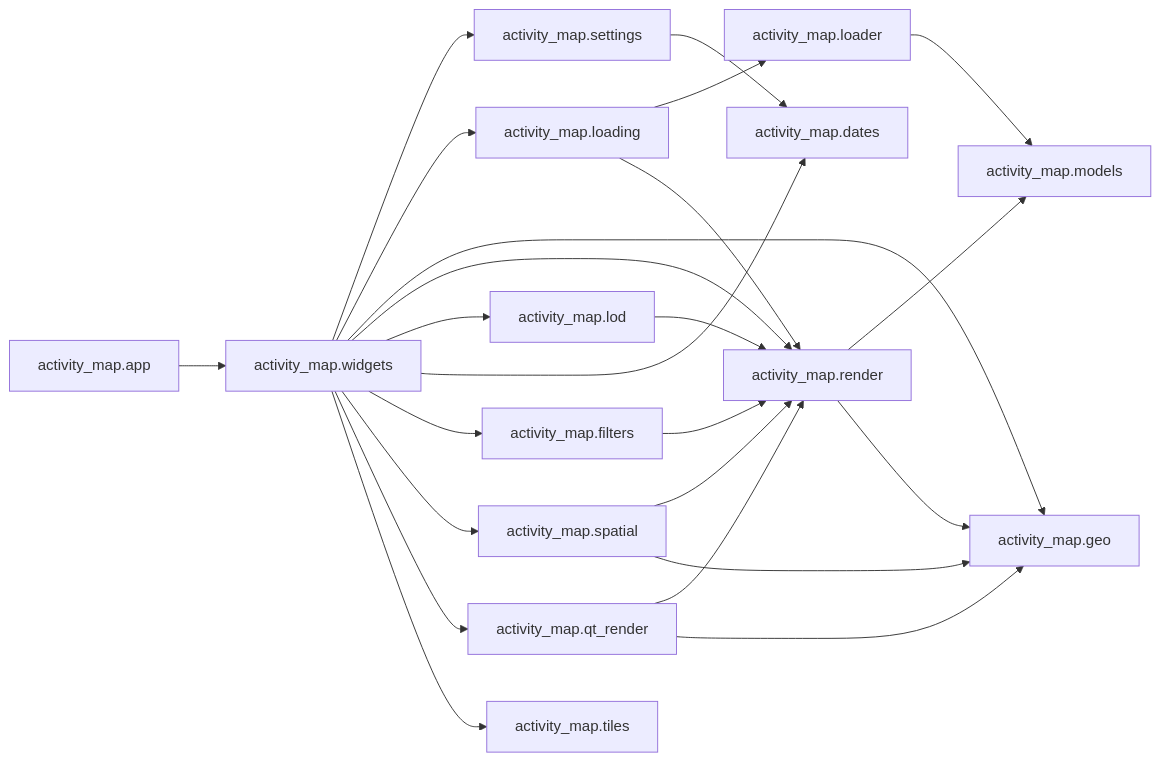
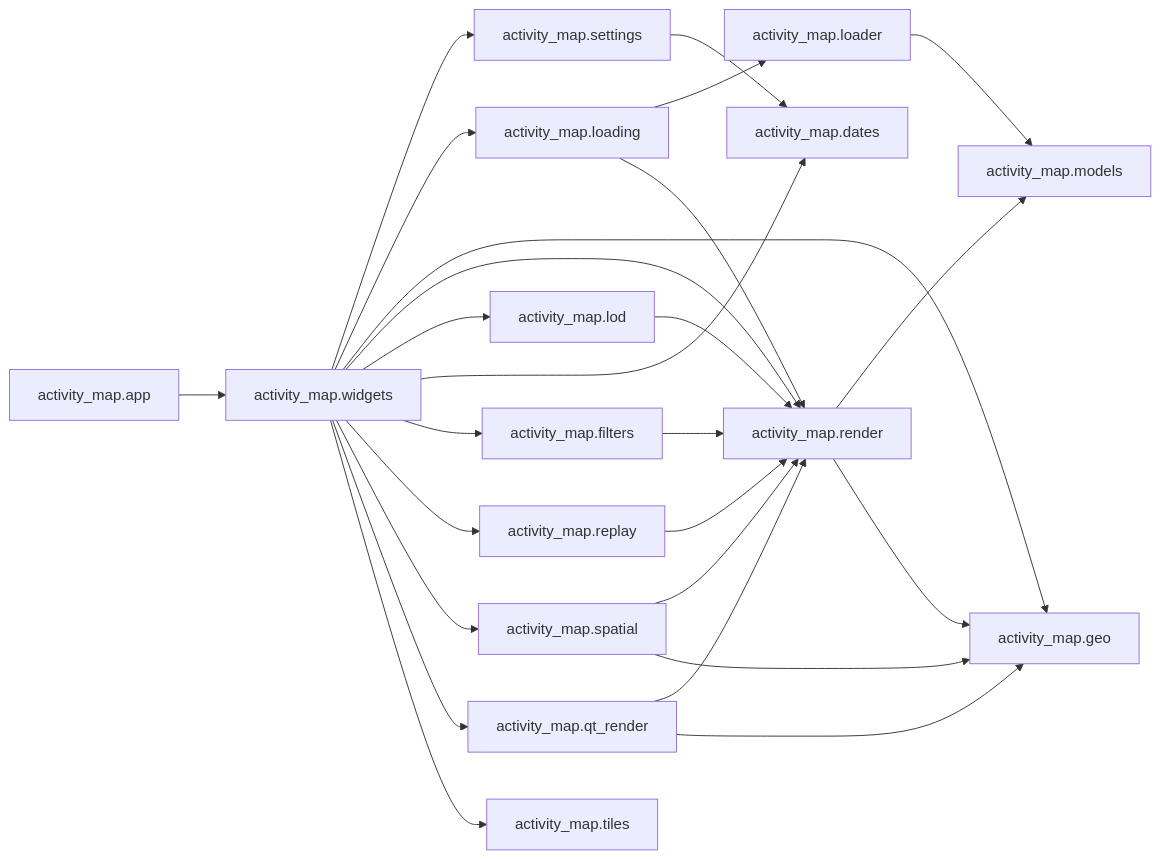
Before and after one commit to marcelpetrick/GarminActivityMap: the third of 4 diagrams in documents/architecture.md, drawn with Mermaid. The commit also changed other lines of this file and 8 other files, not shown here.

````diff
--- a/documents/architecture.md
+++ b/documents/architecture.md
@@ -49,41 +49,44 @@
 ```mermaid
 flowchart LR
   loader[activity_map.loader]
   models[activity_map.models]
   geo[activity_map.geo]
   render[activity_map.render]
   loading[activity_map.loading]
   dates[activity_map.dates]
   filters[activity_map.filters]
+  replay[activity_map.replay]
   lod[activity_map.lod]
   spatial[activity_map.spatial]
   qt_render[activity_map.qt_render]
   settings[activity_map.settings]
   tiles[activity_map.tiles]
   widgets[activity_map.widgets]
   app[activity_map.app]
 
   app --> widgets
   widgets --> settings
   widgets --> loading
   loading --> loader
   loading --> render
   loader --> models
   render --> models
   widgets --> geo
   widgets --> render
   widgets --> lod
   widgets --> dates
   widgets --> filters
+  widgets --> replay
+  replay --> render
   filters --> render
   settings --> dates
   widgets --> spatial
   widgets --> qt_render
   widgets --> tiles
   render --> geo
   qt_render --> render
   qt_render --> geo
   spatial --> render
   spatial --> geo
   lod --> render
 ```
````
